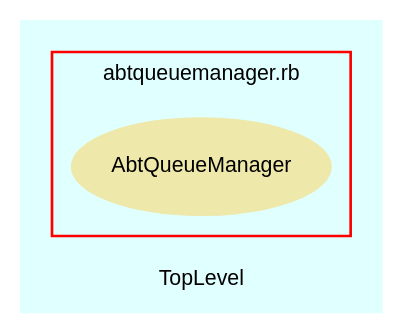
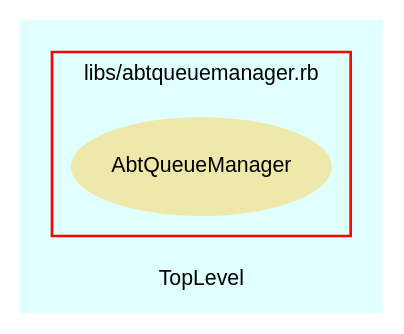
One commit to eschabell/abtlinux changed the diagram in src/trunk/doc/dot/f_5.dot. Above: the diagram before and after it, drawn with Graphviz. The commit also changed 52 other files, not shown here.

```diff
--- a/src/trunk/doc/dot/f_5.dot
+++ b/src/trunk/doc/dot/f_5.dot
@@ -1,28 +1,28 @@
 digraph TopLevel {
     compound = true
     bgcolor = lightcyan1
     fontname = Arial
     fontsize = 8
     label = "TopLevel"
     node [
         fontname = Arial,
         fontsize = 8,
         color = black
     ]
 
     subgraph cluster_6 {
         fontname = Arial
         color = red
-        label = "abtqueuemanager.rb"
+        label = "libs/abtqueuemanager.rb"
         AbtQueueManager [
             fontcolor = black,
             URL = "classes/AbtQueueManager.html",
             shape = ellipse,
             color = palegoldenrod,
             style = filled,
             label = "AbtQueueManager"
         ]
 
     }
 
 }
```
